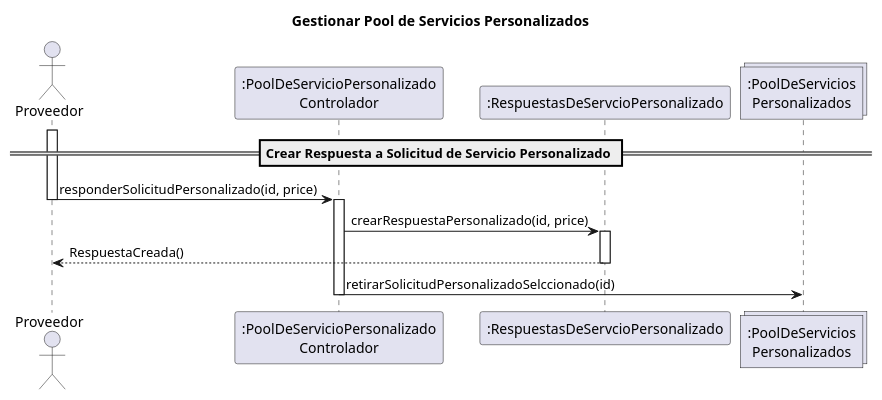
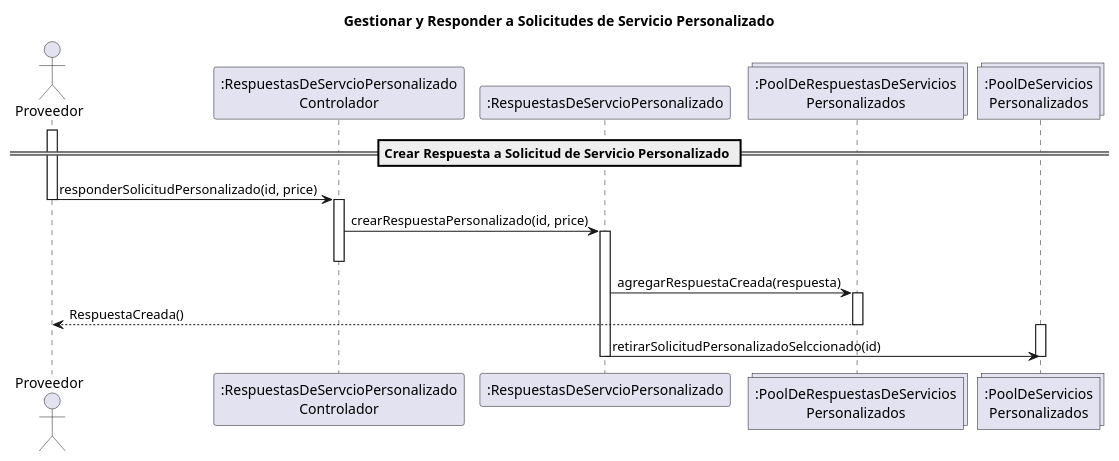
One commit to UPSA-Projects/docs-condominio changed the diagram in docs/src/usecases/CU17/SD17.wsd. Above: the diagram before and after it, drawn with PlantUML. The commit also changed 6 other files, not shown here.

Commit message:
arrglando diagrama de colaboracion y secuencia de CU17

```diff
--- a/docs/src/usecases/CU17/SD17.wsd
+++ b/docs/src/usecases/CU17/SD17.wsd
@@ -1,27 +1,30 @@
 @startuml
 
-title Gestionar Pool de Servicios Personalizados
+title Gestionar y Responder a Solicitudes de Servicio Personalizado
 
 actor Proveedor
 
-participant ":PoolDeServicioPersonalizado\nControlador" as Controlador
+participant ":RespuestasDeServcioPersonalizado\nControlador" as Controlador
 participant ":RespuestasDeServcioPersonalizado" as Respuesta
-collections ":PoolDeServicios\nPersonalizados" as Pool
+collections ":PoolDeRespuestasDeServicios\nPersonalizados" as PoolRespuesta
+collections ":PoolDeServicios\nPersonalizados" as PoolServicio
 
 
 == Crear Respuesta a Solicitud de Servicio Personalizado ==
 activate Proveedor
 Proveedor -> Controlador : responderSolicitudPersonalizado(id, price)
 deactivate Proveedor
 activate Controlador
 Controlador -> Respuesta : crearRespuestaPersonalizado(id, price)
 activate Respuesta
-Respuesta --> Proveedor : RespuestaCreada()
+deactivate Controlador
+Respuesta -> PoolRespuesta : agregarRespuestaCreada(respuesta)
+activate PoolRespuesta
+PoolRespuesta --> Proveedor : RespuestaCreada()
+deactivate PoolRespuesta
+activate PoolServicio
+Respuesta -> PoolServicio : retirarSolicitudPersonalizadoSelccionado(id)
 deactivate Respuesta
-Controlador -> Pool : retirarSolicitudPersonalizadoSelccionado(id)
-deactivate Controlador
-
-
-
+deactivate PoolServicio
 
 @enduml
```
